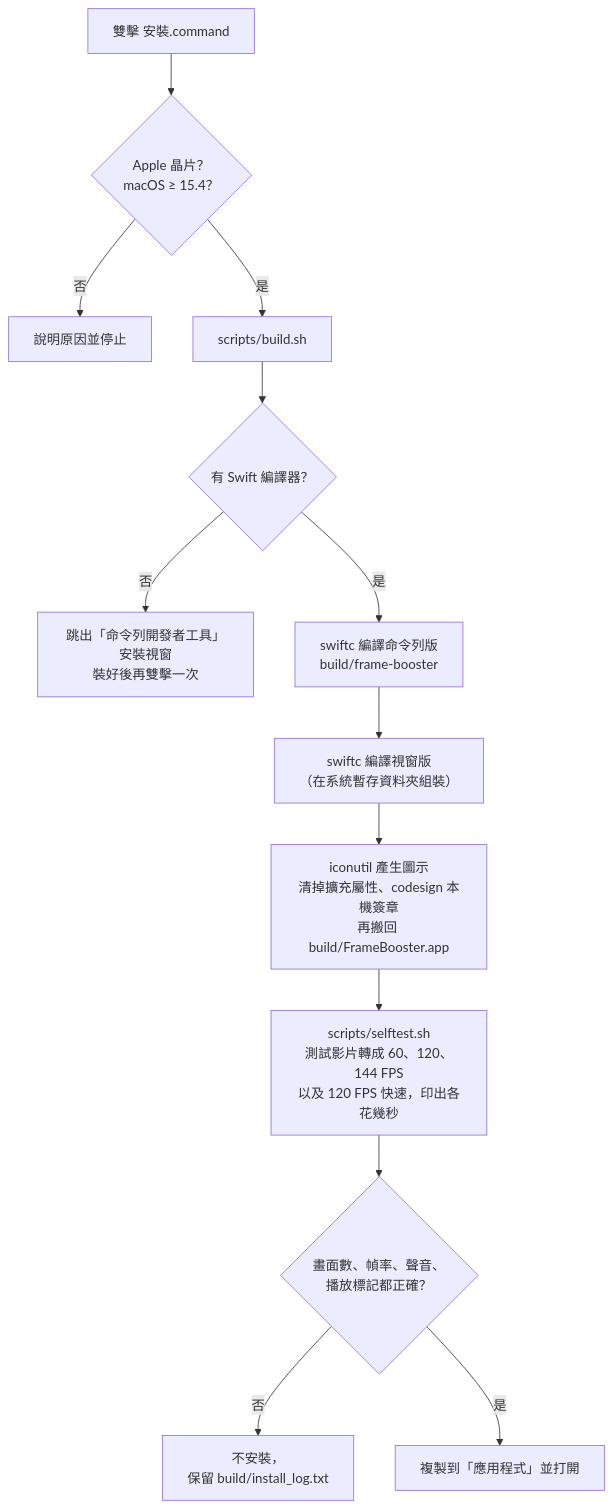
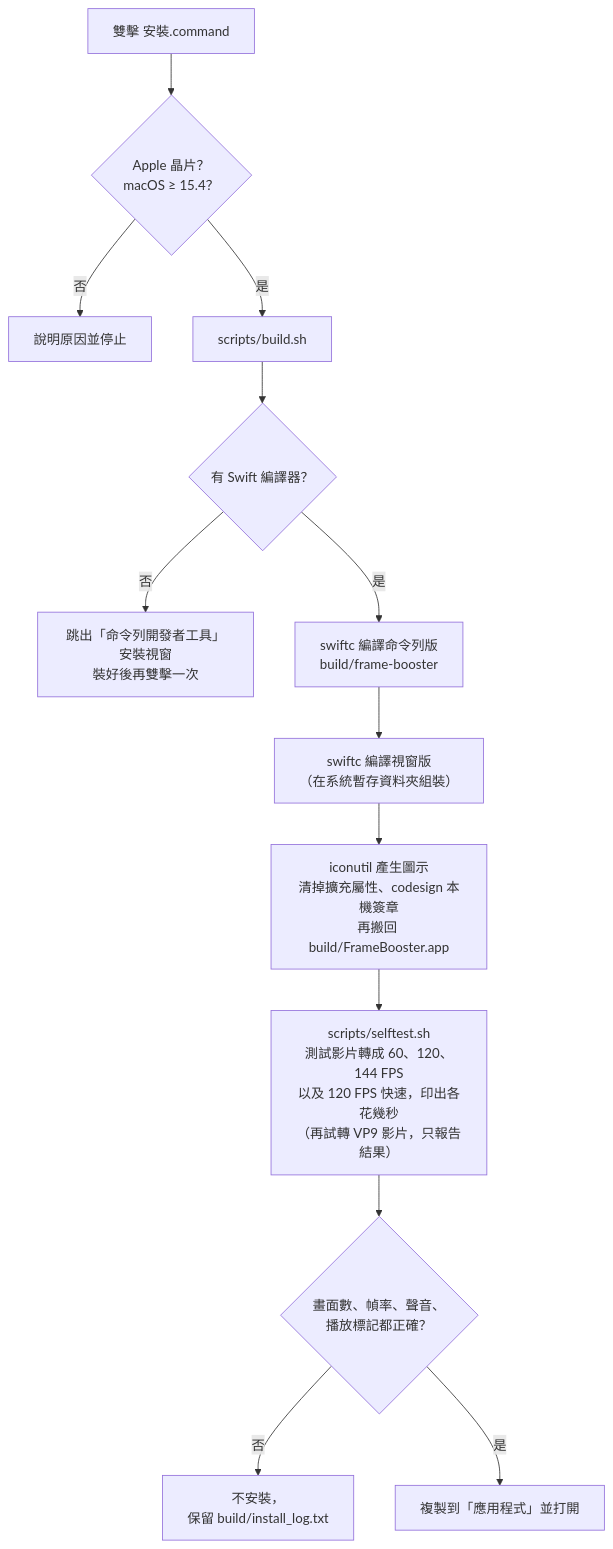
Before and after one commit to WebberningMoney/frame-booster: the sixth of 6 diagrams in docs/ARCHITECTURE.md, drawn with Mermaid. The commit also changed other lines of this file and 4 other files, not shown here.

````diff
--- a/docs/ARCHITECTURE.md
+++ b/docs/ARCHITECTURE.md
@@ -344,15 +344,15 @@
 ```mermaid
 flowchart TD
     A["雙擊 安裝.command"] --> B{"Apple 晶片？<br/>macOS ≥ 15.4？"}
     B -- "否" --> X1["說明原因並停止"]
     B -- "是" --> C["scripts/build.sh"]
     C --> C1{"有 Swift 編譯器？"}
     C1 -- "否" --> X2["跳出「命令列開發者工具」安裝視窗<br/>裝好後再雙擊一次"]
     C1 -- "是" --> C2["swiftc 編譯命令列版<br/>build/frame-booster"]
     C2 --> C3["swiftc 編譯視窗版<br/>（在系統暫存資料夾組裝）"]
     C3 --> C4["iconutil 產生圖示<br/>清掉擴充屬性、codesign 本機簽章<br/>再搬回 build/FrameBooster.app"]
-    C4 --> D["scripts/selftest.sh<br/>測試影片轉成 60、120、144 FPS<br/>以及 120 FPS 快速，印出各花幾秒"]
+    C4 --> D["scripts/selftest.sh<br/>測試影片轉成 60、120、144 FPS<br/>以及 120 FPS 快速，印出各花幾秒<br/>（再試轉 VP9 影片，只報告結果）"]
     D --> D1{"畫面數、幀率、聲音、<br/>播放標記都正確？"}
     D1 -- "否" --> X3["不安裝，<br/>保留 build/install_log.txt"]
     D1 -- "是" --> E["複製到「應用程式」並打開"]
 ```
````
